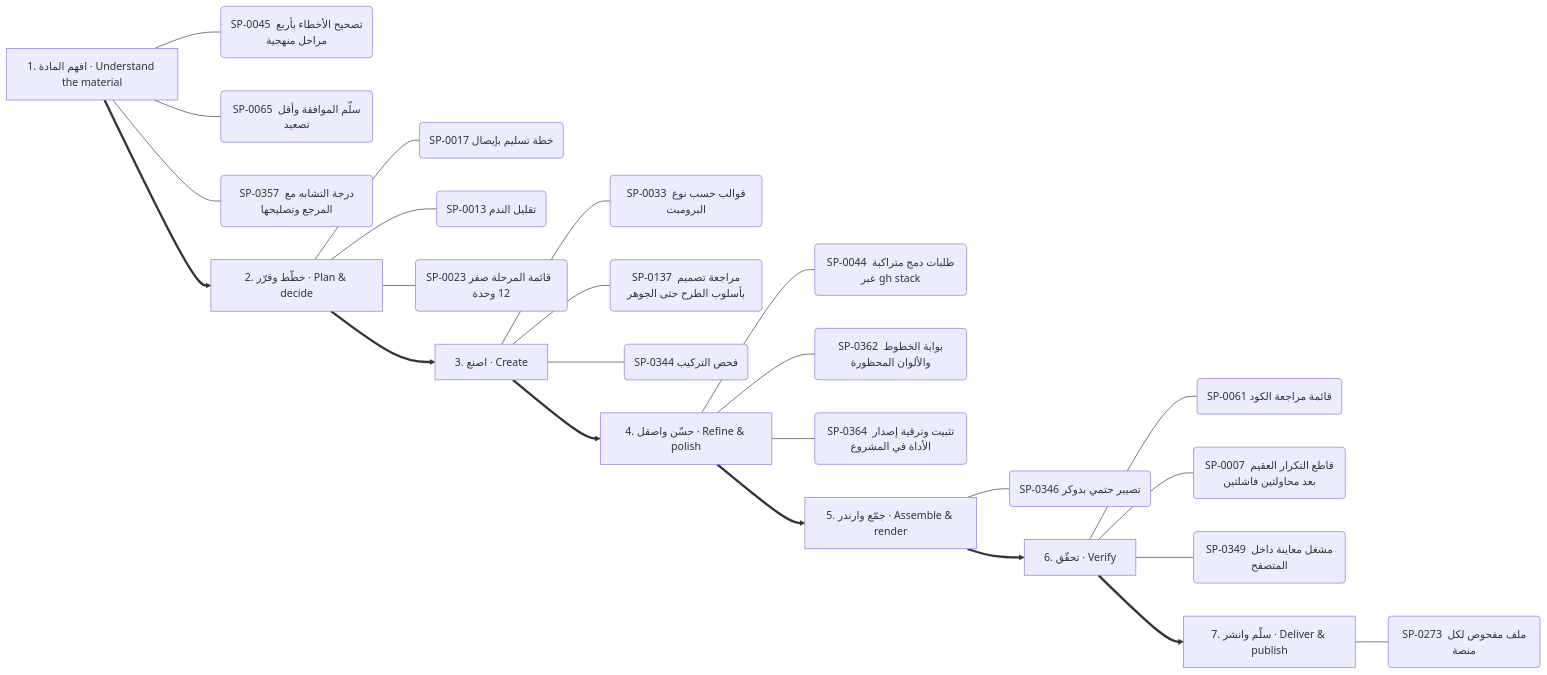
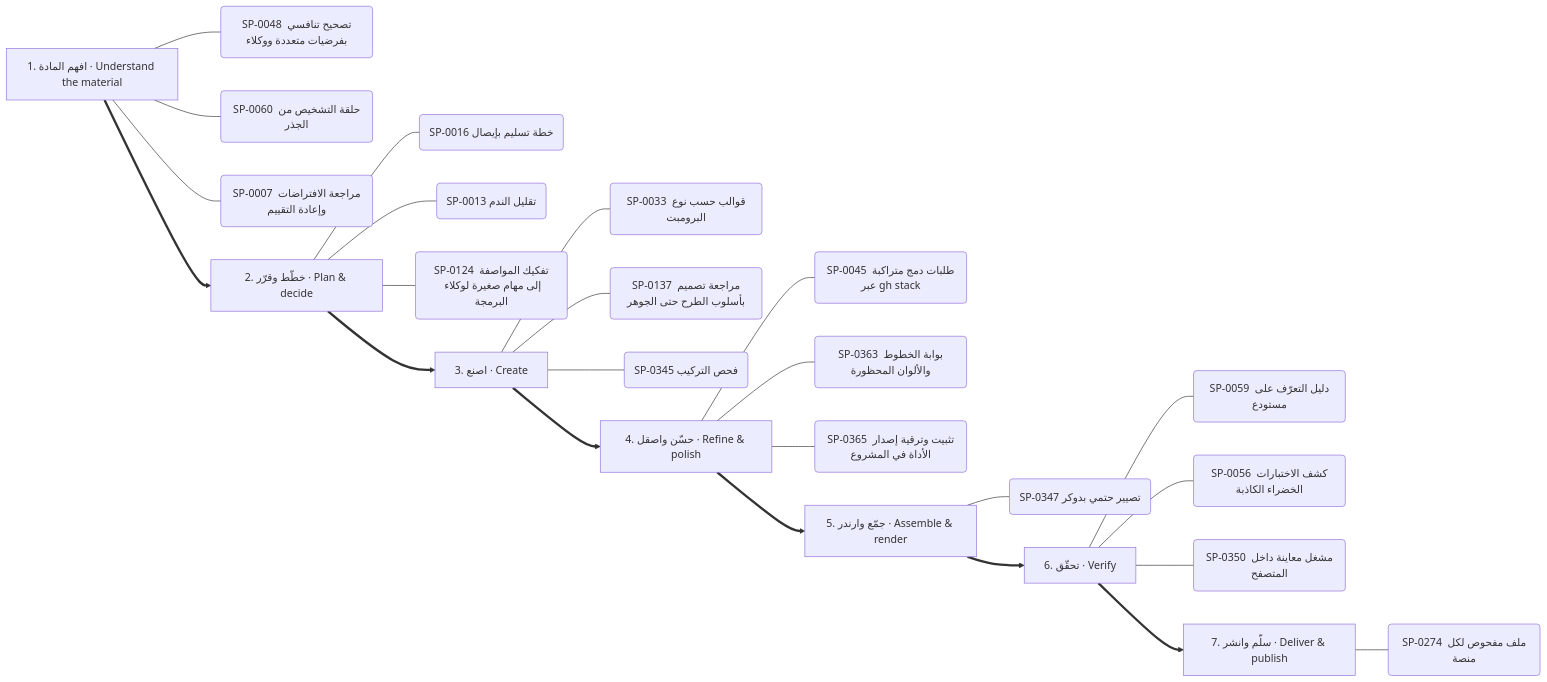
The tenth of 13 diagrams in .claude/skills/kosif-superpowers/references/capability-mindmap.md (kosif199022-jpg/kosif-tool), drawn with Mermaid before and after one commit. The commit also changed other lines of this file and 35 other files, not shown here.

````diff
--- a/.claude/skills/kosif-superpowers/references/capability-mindmap.md
+++ b/.claude/skills/kosif-superpowers/references/capability-mindmap.md
@@ -500,33 +499,33 @@
 ```mermaid
 flowchart LR
   S0["1. افهم المادة · Understand the material"]
-  S0 --- S0_0("SP-0045 تصحيح الأخطاء بأربع مراحل منهجية")
-  S0 --- S0_1("SP-0065 سلّم الموافقة وأقل تصعيد")
-  S0 --- S0_2("SP-0357 درجة التشابه مع المرجع وتصليحها")
+  S0 --- S0_0("SP-0048 تصحيح تنافسي بفرضيات متعددة ووكلاء")
+  S0 --- S0_1("SP-0060 حلقة التشخيص من الجذر")
+  S0 --- S0_2("SP-0007 مراجعة الافتراضات وإعادة التقييم")
   S1["2. خطّط وقرّر · Plan & decide"]
-  S1 --- S1_0("SP-0017 خطة تسليم بإيصال")
+  S1 --- S1_0("SP-0016 خطة تسليم بإيصال")
   S1 --- S1_1("SP-0013 تقليل الندم")
-  S1 --- S1_2("SP-0023 قائمة المرحلة صفر  12 وحدة ")
+  S1 --- S1_2("SP-0124 تفكيك المواصفة إلى مهام صغيرة لوكلاء البرمجة")
   S0 ==> S1
   S2["3. اصنع · Create"]
   S2 --- S2_0("SP-0033 قوالب حسب نوع البرومبت")
   S2 --- S2_1("SP-0137 مراجعة تصميم بأسلوب الطرح حتى الجوهر")
-  S2 --- S2_2("SP-0344 فحص التركيب")
+  S2 --- S2_2("SP-0345 فحص التركيب")
   S1 ==> S2
   S3["4. حسّن واصقل · Refine & polish"]
-  S3 --- S3_0("SP-0044 طلبات دمج متراكبة عبر gh stack")
-  S3 --- S3_1("SP-0362 بوابة الخطوط والألوان المحظورة")
-  S3 --- S3_2("SP-0364 تثبيت وترقية إصدار الأداة في المشروع")
+  S3 --- S3_0("SP-0045 طلبات دمج متراكبة عبر gh stack")
+  S3 --- S3_1("SP-0363 بوابة الخطوط والألوان المحظورة")
+  S3 --- S3_2("SP-0365 تثبيت وترقية إصدار الأداة في المشروع")
   S2 ==> S3
   S4["5. جمّع وارندر · Assemble & render"]
-  S4 --- S4_0("SP-0346 تصيير حتمي بدوكر")
+  S4 --- S4_0("SP-0347 تصيير حتمي بدوكر")
   S3 ==> S4
   S5["6. تحقّق · Verify"]
-  S5 --- S5_0("SP-0061 قائمة مراجعة الكود")
-  S5 --- S5_1("SP-0007 قاطع التكرار العقيم بعد محاولتين فاشلتين")
-  S5 --- S5_2("SP-0349 مشغل معاينة داخل المتصفح")
+  S5 --- S5_0("SP-0059 دليل التعرّف على مستودع")
+  S5 --- S5_1("SP-0056 كشف الاختبارات الخضراء الكاذبة")
+  S5 --- S5_2("SP-0350 مشغل معاينة داخل المتصفح")
   S4 ==> S5
   S6["7. سلّم وانشر · Deliver & publish"]
-  S6 --- S6_0("SP-0273 ملف مفحوص لكل منصة")
+  S6 --- S6_0("SP-0274 ملف مفحوص لكل منصة")
   S5 ==> S6
 ```
````
